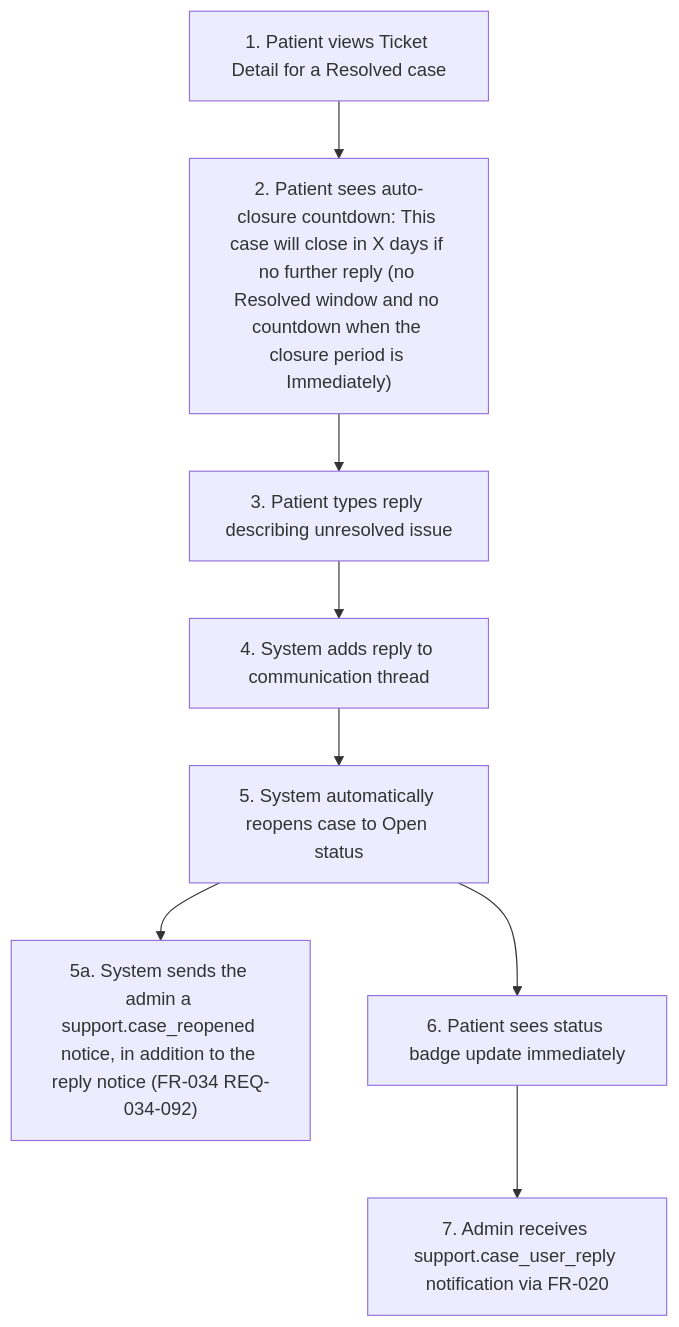
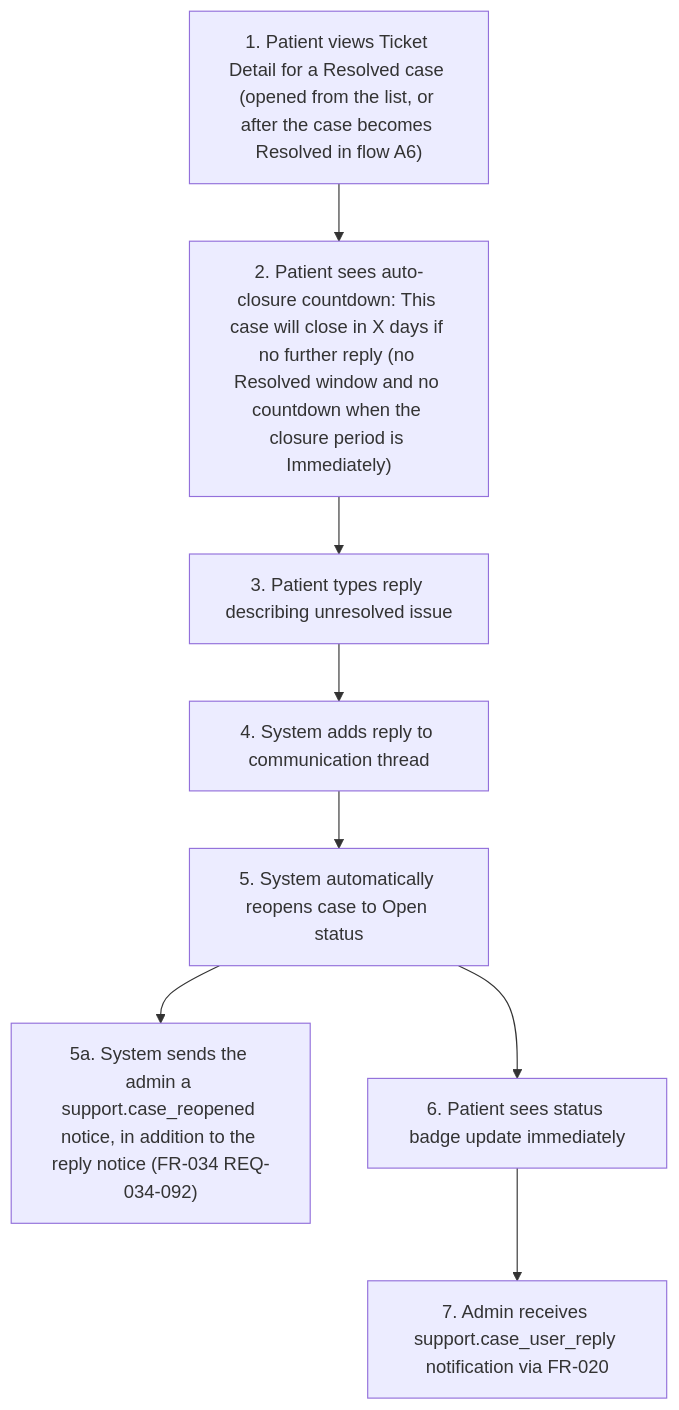
The sixth of 10 diagrams in project-requirements/functional-requirements/fr035-patient-help-support/prd.md (joachimtrungtuan/hairline-pm-docs), drawn with Mermaid before and after one commit. The commit also changed other lines of this file and 5 other files, not shown here.

Commit message:
docs(fr035): apply logic review pass 2 fixes to PRD and graph

````diff
--- a/project-requirements/functional-requirements/fr035-patient-help-support/prd.md
+++ b/project-requirements/functional-requirements/fr035-patient-help-support/prd.md
@@ -189,10 +191,10 @@
 ```mermaid
 flowchart TD
-    A5S1["1. Patient views Ticket Detail for a Resolved case"] --> A5S2["2. Patient sees auto-closure countdown: This case will close in X days if no further reply (no Resolved window and no countdown when the closure period is Immediately)"]
+    A5S1["1. Patient views Ticket Detail for a Resolved case (opened from the list, or after the case becomes Resolved in flow A6)"] --> A5S2["2. Patient sees auto-closure countdown: This case will close in X days if no further reply (no Resolved window and no countdown when the closure period is Immediately)"]
     A5S2 --> A5S3["3. Patient types reply describing unresolved issue"]
     A5S3 --> A5S4["4. System adds reply to communication thread"]
     A5S4 --> A5S5["5. System automatically reopens case to Open status"]
     A5S5 --> A5S5a["5a. System sends the admin a support.case_reopened notice, in addition to the reply notice (FR-034 REQ-034-092)"]
     A5S5 --> A5S6["6. Patient sees status badge update immediately"]
     A5S6 --> A5S7["7. Admin receives support.case_user_reply notification via FR-020"]
 ```
````
